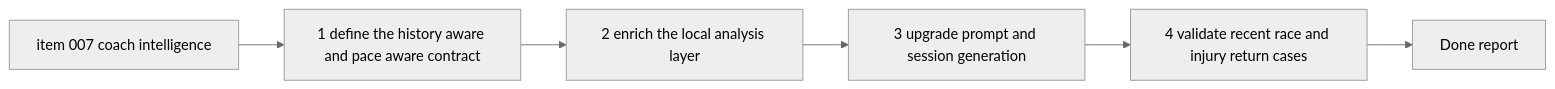
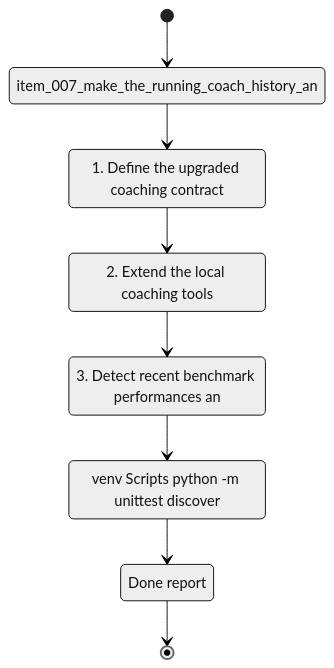
Before and after one commit to Jilanos/Coach_garmin: the diagram in logics/tasks/task_007_make_the_running_coach_history_and_pace_aware.md, drawn with Mermaid (neutral theme). The commit also changed other lines of this file and 86 other files, not shown here.

Commit message:
Harden chart UX and UTF-8 handling

````diff
--- a/logics/tasks/task_007_make_the_running_coach_history_and_pace_aware.md
+++ b/logics/tasks/task_007_make_the_running_coach_history_and_pace_aware.md
@@ -21,10 +22,18 @@
 ```mermaid
 %% logics-kind: task
 %% logics-signature: task|make-the-running-coach-history-aware-and|item-007-make-the-running-coach-history-|1-define-the-upgraded-coaching-contract|venv-scripts-python-m-unittest-discover
-flowchart LR
-    Backlog[item 007 coach intelligence] --> Step1[1 define the history aware and pace aware contract]
-    Step1 --> Step2[2 enrich the local analysis layer]
-    Step2 --> Step3[3 upgrade prompt and session generation]
-    Step3 --> Step4[4 validate recent race and injury return cases]
-    Step4 --> Report[Done report]
+stateDiagram-v2
+    state "item_007_make_the_running_coach_history_an" as Backlog
+    state "1. Define the upgraded coaching contract" as Scope
+    state "2. Extend the local coaching tools" as Build
+    state "3. Detect recent benchmark performances an" as Verify
+    state "venv Scripts python -m unittest discover" as Validation
+    state "Done report" as Report
+    [*] --> Backlog
+    Backlog --> Scope
+    Scope --> Build
+    Build --> Verify
+    Verify --> Validation
+    Validation --> Report
+    Report --> [*]
 ```
````
